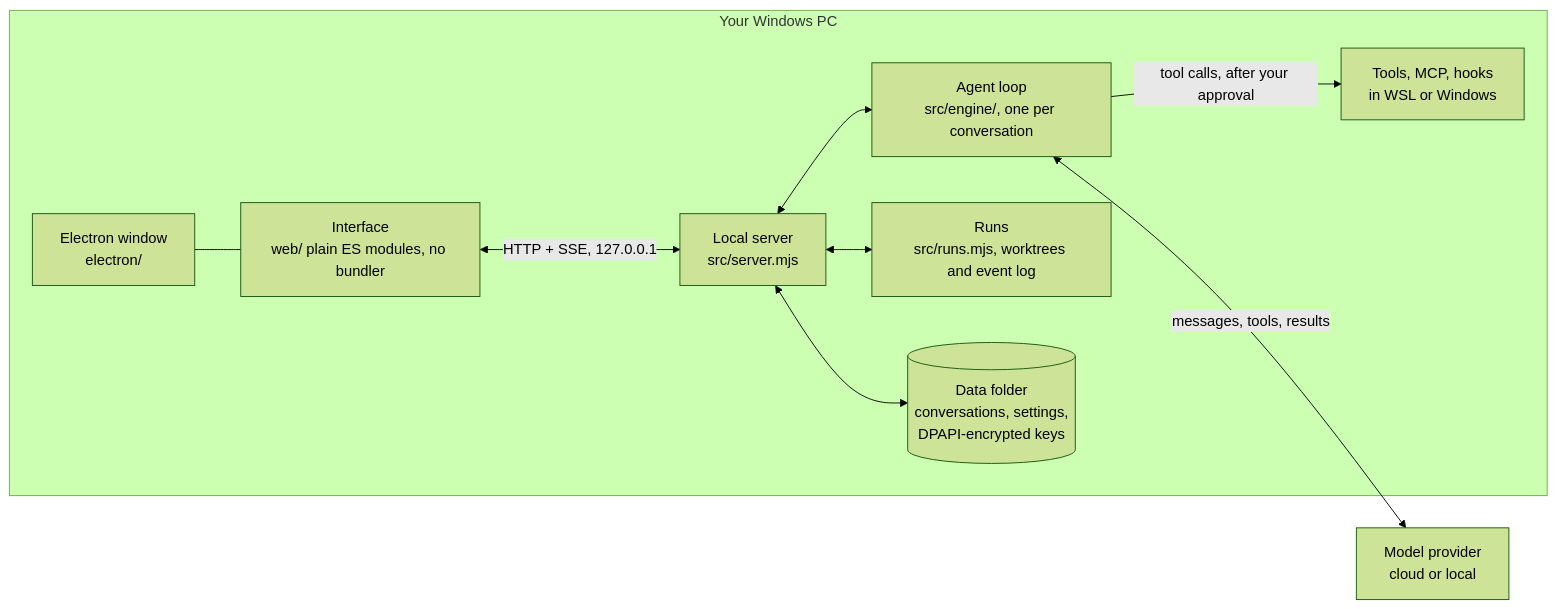
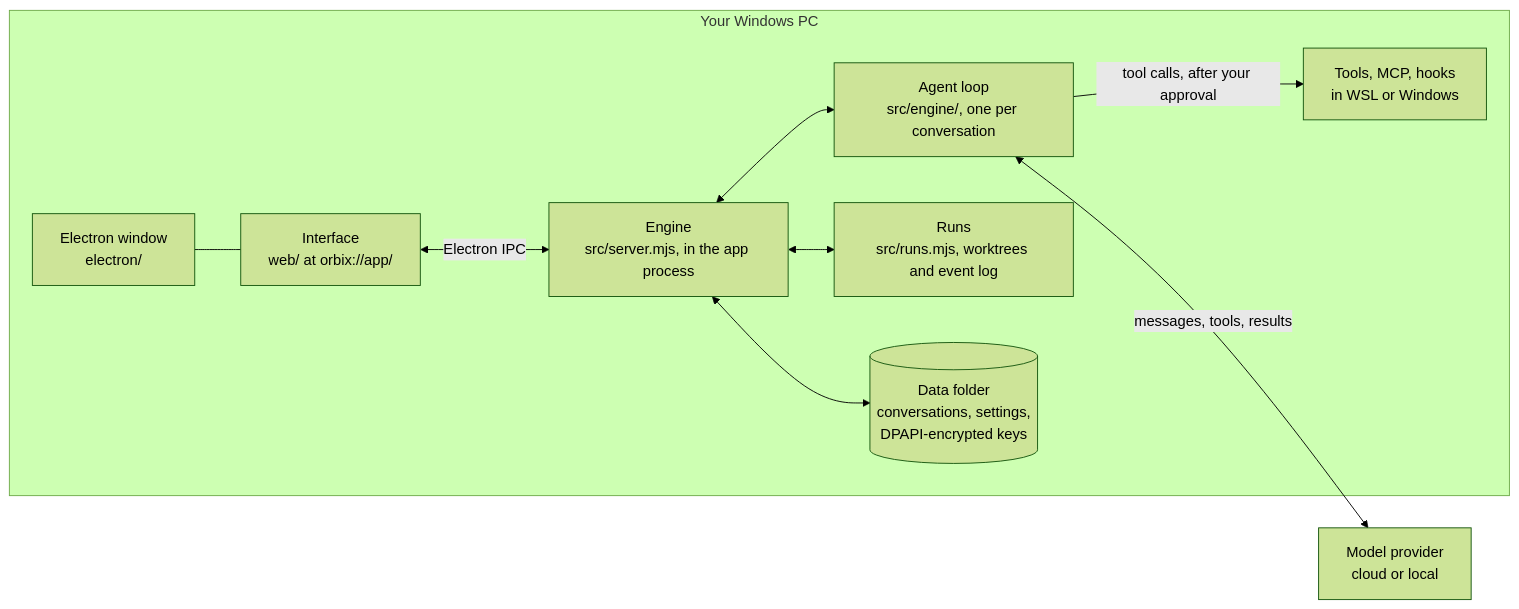
Before and after one commit to chsxthwik/ORBIX: the diagram in README.md, drawn with Mermaid (forest theme). The commit also changed other lines of this file and 145 other files, not shown here.

````diff
--- a/README.md
+++ b/README.md
@@ -243,12 +245,12 @@
 ```mermaid
 flowchart LR
   subgraph PC["Your Windows PC"]
-    UI["Interface<br/>web/ plain ES modules, no bundler"] <-->|"HTTP + SSE, 127.0.0.1"| S["Local server<br/>src/server.mjs"]
+    UI["Interface<br/>web/ at orbix://app/"] <-->|"Electron IPC"| S["Engine<br/>src/server.mjs, in the app process"]
     W["Electron window<br/>electron/"] --- UI
     S <--> A["Agent loop<br/>src/engine/, one per conversation"]
     S <--> R["Runs<br/>src/runs.mjs, worktrees and event log"]
     A -->|"tool calls, after your approval"| T["Tools, MCP, hooks<br/>in WSL or Windows"]
     S <--> D[("Data folder<br/>conversations, settings,<br/>DPAPI-encrypted keys")]
   end
   A <-->|"messages, tools, results"| M["Model provider<br/>cloud or local"]
 ```
````
